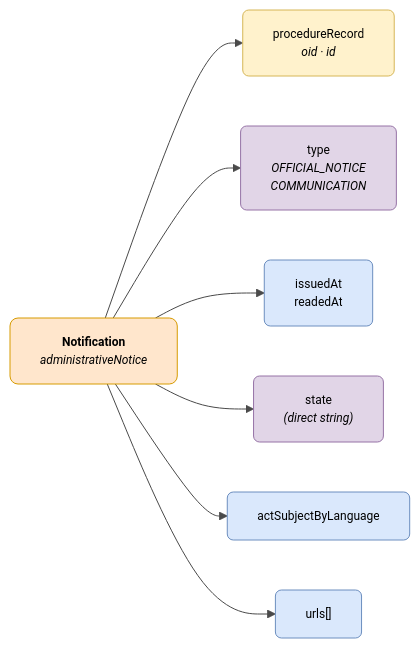
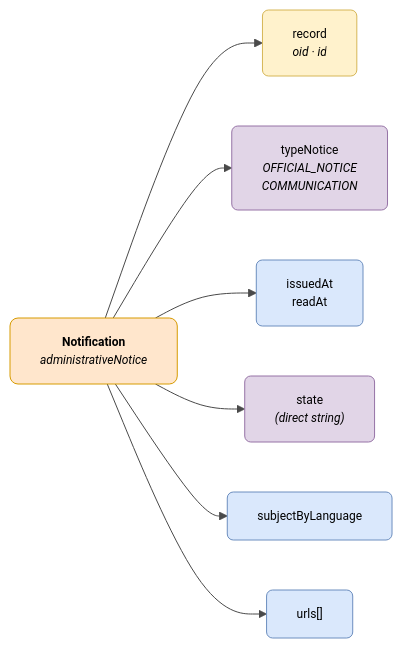
One commit to DENA-Euskadi/dena-euskadi.github.io changed the diagram in docs/semantica/data-retrieve/data/notificacion.en.md. Above: the diagram before and after it, drawn with Mermaid. The commit also changed other lines of this file and 75 other files, not shown here.

````diff
--- a/docs/semantica/data-retrieve/data/notificacion.en.md
+++ b/docs/semantica/data-retrieve/data/notificacion.en.md
@@ -15,31 +15,31 @@
 ```mermaid
 ---
 config:
   theme: base
   themeVariables:
     primaryColor: "#FFFFFF"
     primaryTextColor: "#000000"
     primaryBorderColor: "#CCCCCC"
     lineColor: "#4A4A4A"
     fontSize: "12px"
 ---
 flowchart LR
     NOT["<b>Notification</b><br/><i>administrativeNotice</i>"]
 
-    NOT --> EXP["procedureRecord<br/><i>oid · id</i>"]
-    NOT --> TYPE["type<br/><i>OFFICIAL_NOTICE<br/>COMMUNICATION</i>"]
-    NOT --> DATES["issuedAt<br/>readedAt"]
+    NOT --> EXP["record<br/><i>oid · id</i>"]
+    NOT --> TYPE["typeNotice<br/><i>OFFICIAL_NOTICE<br/>COMMUNICATION</i>"]
+    NOT --> DATES["issuedAt<br/>readAt"]
     NOT --> STATE["state<br/><i>(direct string)</i>"]
-    NOT --> SUBJECT["actSubjectByLanguage"]
+    NOT --> SUBJECT["subjectByLanguage"]
     NOT --> URLS["urls[]"]
 
     style NOT fill:#ffe6cc,stroke:#d79b00,color:#000000,rx:8,ry:8
     style EXP fill:#fff2cc,stroke:#d6b656,color:#000000,rx:6,ry:6
     style TYPE fill:#e1d5e7,stroke:#9673a6,color:#000000,rx:6,ry:6
     style DATES fill:#dae8fc,stroke:#6c8ebf,color:#000000,rx:6,ry:6
     style STATE fill:#e1d5e7,stroke:#9673a6,color:#000000,rx:6,ry:6
     style SUBJECT fill:#dae8fc,stroke:#6c8ebf,color:#000000,rx:6,ry:6
     style URLS fill:#dae8fc,stroke:#6c8ebf,color:#000000,rx:6,ry:6
 
     click EXP "../expediente/" "View Record"
 ```
````
